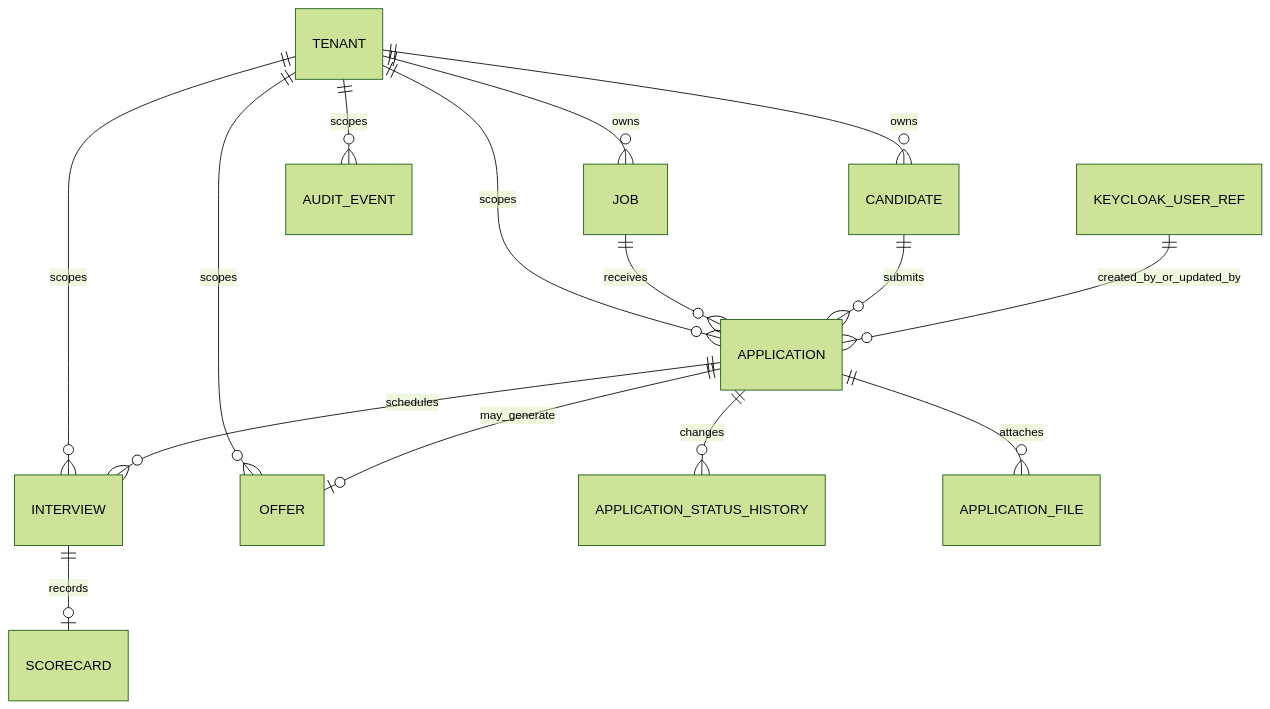
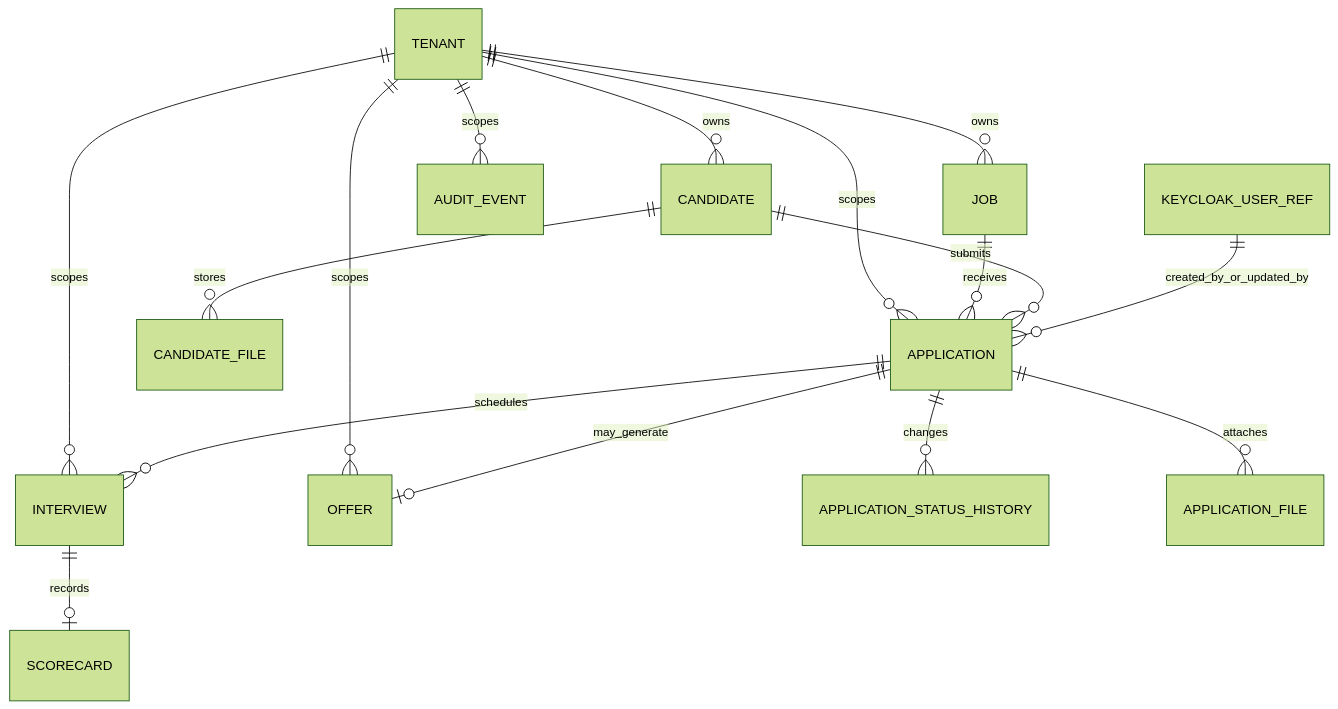
Before and after one commit to Logike-co/ats-saas-platform: the diagram in docs/08.data.md, drawn with Mermaid (forest theme). The commit also changed other lines of this file and 6 other files, not shown here.

First line of the commit message:
docs(architecture): add candidate directory and API contract

````diff
--- a/docs/08.data.md
+++ b/docs/08.data.md
@@ -5,19 +5,20 @@
 ```mermaid
 erDiagram
     TENANT ||--o{ JOB : owns
     TENANT ||--o{ CANDIDATE : owns
     TENANT ||--o{ APPLICATION : scopes
     TENANT ||--o{ INTERVIEW : scopes
     TENANT ||--o{ OFFER : scopes
     TENANT ||--o{ AUDIT_EVENT : scopes
 
     JOB ||--o{ APPLICATION : receives
     CANDIDATE ||--o{ APPLICATION : submits
+    CANDIDATE ||--o{ CANDIDATE_FILE : stores
     APPLICATION ||--o{ APPLICATION_STATUS_HISTORY : changes
     APPLICATION ||--o{ INTERVIEW : schedules
     APPLICATION ||--o| OFFER : may_generate
     INTERVIEW ||--o| SCORECARD : records
     APPLICATION ||--o{ APPLICATION_FILE : attaches
 
     KEYCLOAK_USER_REF ||--o{ APPLICATION : created_by_or_updated_by
 ```
````
